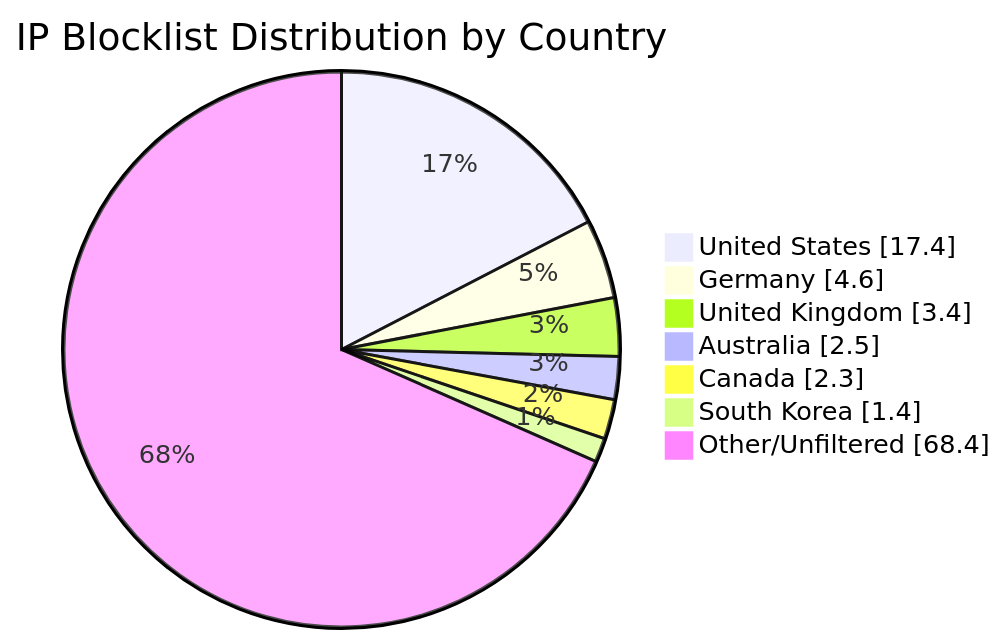
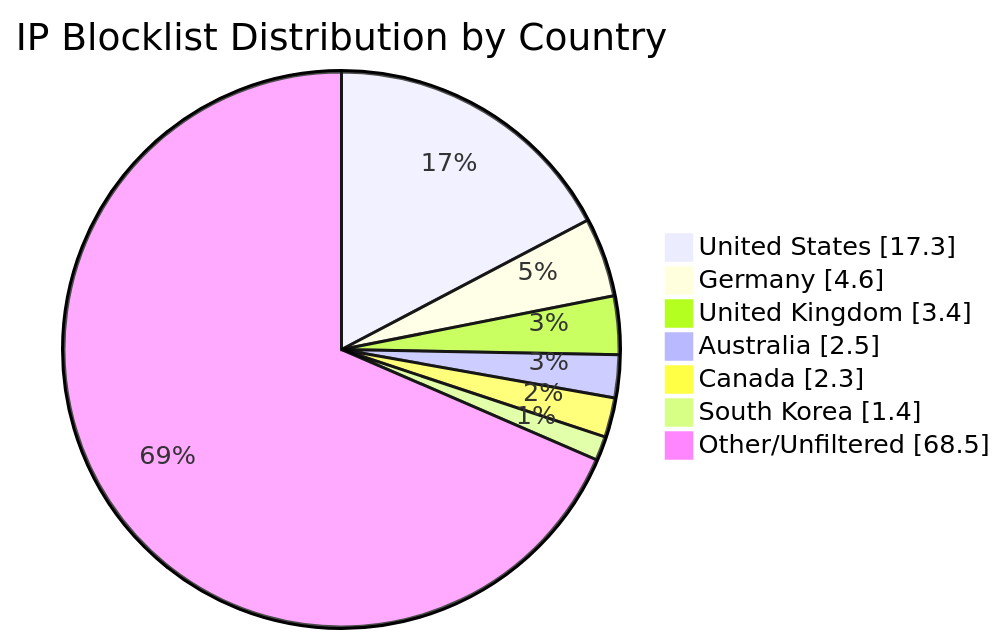
The diagram in README.md (MarcusHoltz/ipblocklist-geofiltered-aggregator), drawn with Mermaid before and after one commit. The commit also changed other lines of this file and 9 other files, not shown here.

````diff
--- a/README.md
+++ b/README.md
@@ -34,10 +34,10 @@
 ```mermaid
 pie showData title IP Blocklist Distribution by Country
-"United States" : 17.4
+"United States" : 17.3
 "Germany" : 4.6
 "United Kingdom" : 3.4
 "Australia" : 2.5
 "Canada" : 2.3
 "South Korea" : 1.4
-"Other/Unfiltered" : 68.4
+"Other/Unfiltered" : 68.5
 ```
````
